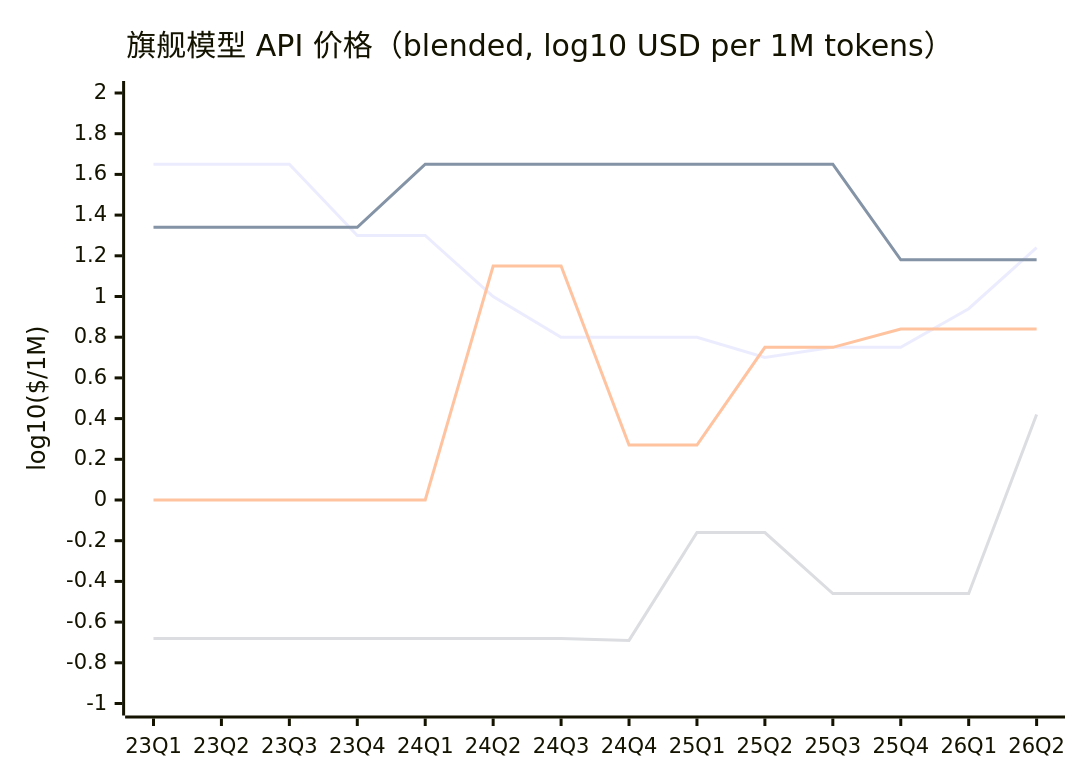
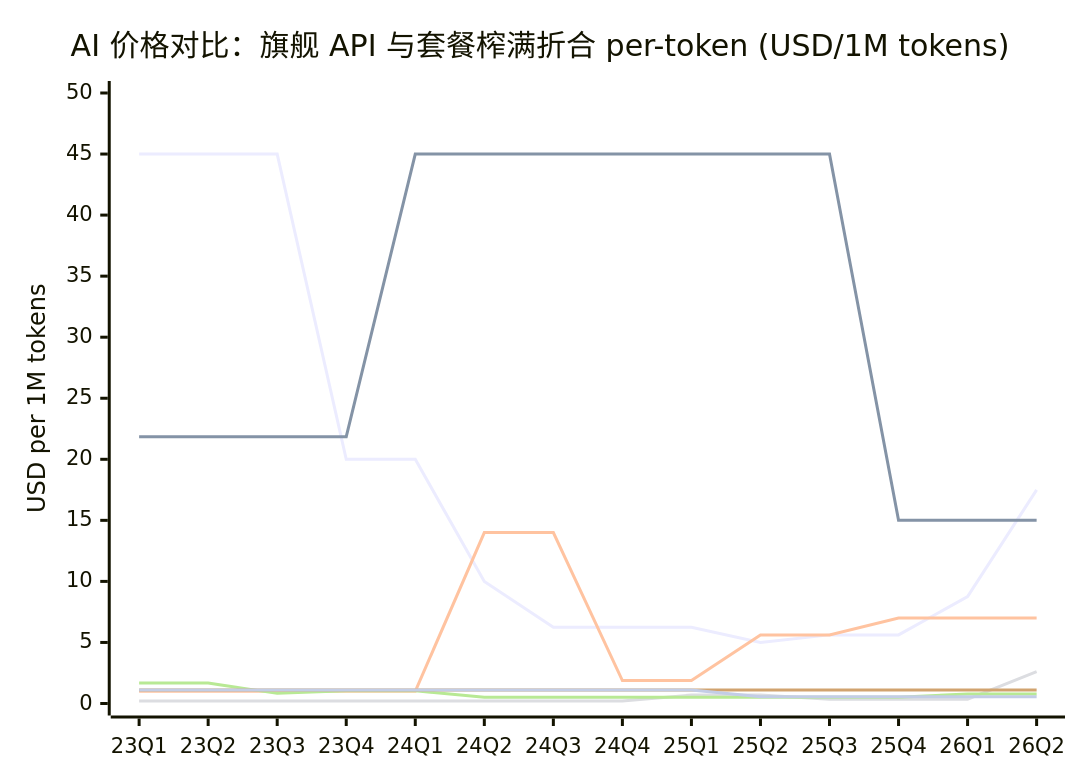
One commit to AI-LLM/Controversy changed the diagram in token-price.md. Above: the diagram before and after it, drawn with Mermaid. The commit also changed other lines of this file and 3 other files, not shown here.

Commit message:
直接用美元，不要log。套餐最高折合价的意思是最便宜的套餐（所以折扣率应该低，单价应该高）按用量限制用满，折合每token多少钱，不考虑有人用得少有人用得多。最低折合价的意思是最贵的套餐，按用量限制用满，折合每token多少钱。各家套餐最高最低折合/token，各家API/token全部都画在一张图里才能比较，不要分开

````diff
--- a/token-price.md
+++ b/token-price.md
@@ -23,10 +29,13 @@
 ```mermaid
 xychart-beta
-    title "旗舰模型 API 价格（blended, log10 USD per 1M tokens）"
+    title "AI 价格对比：旗舰 API 与套餐榨满折合 per-token (USD/1M tokens)"
     x-axis [23Q1, 23Q2, 23Q3, 23Q4, 24Q1, 24Q2, 24Q3, 24Q4, 25Q1, 25Q2, 25Q3, 25Q4, 26Q1, 26Q2]
-    y-axis "log10($/1M)" -1 --> 2
-    line [1.65, 1.65, 1.65, 1.30, 1.30, 1.00, 0.80, 0.80, 0.80, 0.70, 0.75, 0.75, 0.94, 1.24]
-    line [1.34, 1.34, 1.34, 1.34, 1.65, 1.65, 1.65, 1.65, 1.65, 1.65, 1.65, 1.18, 1.18, 1.18]
-    line [0.00, 0.00, 0.00, 0.00, 0.00, 1.15, 1.15, 0.27, 0.27, 0.75, 0.75, 0.84, 0.84, 0.84]
-    line [-0.68, -0.68, -0.68, -0.68, -0.68, -0.68, -0.68, -0.69, -0.16, -0.16, -0.46, -0.46, -0.46, 0.42]
+    y-axis "USD per 1M tokens" 0 --> 50
+    line [45.00, 45.00, 45.00, 20.00, 20.00, 10.00, 6.25, 6.25, 6.25, 5.00, 5.62, 5.62, 8.75, 17.50]
+    line [21.85, 21.85, 21.85, 21.85, 45.00, 45.00, 45.00, 45.00, 45.00, 45.00, 45.00, 15.00, 15.00, 15.00]
+    line [1.00, 1.00, 1.00, 1.00, 1.00, 14.00, 14.00, 1.88, 1.88, 5.62, 5.62, 7.00, 7.00, 7.00]
+    line [0.21, 0.21, 0.21, 0.21, 0.21, 0.21, 0.21, 0.21, 0.69, 0.69, 0.35, 0.35, 0.35, 2.61]
+    line [1.67, 1.67, 0.83, 1.04, 1.04, 0.52, 0.52, 0.52, 0.52, 0.52, 0.52, 0.52, 0.78, 0.78]
+    line [1.11, 1.11, 1.11, 1.11, 1.11, 1.11, 1.11, 1.11, 1.11, 1.11, 1.11, 1.11, 1.11, 1.11]
+    line [1.11, 1.11, 1.11, 1.11, 1.11, 1.11, 1.11, 1.11, 1.11, 0.56, 0.56, 0.56, 0.56, 0.56]
 ```
````
